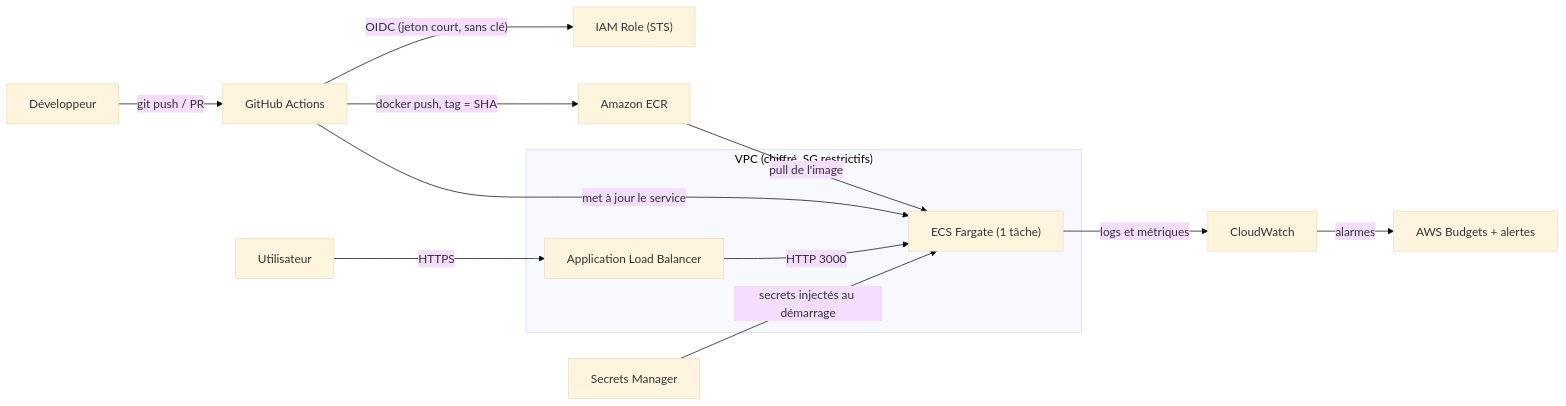
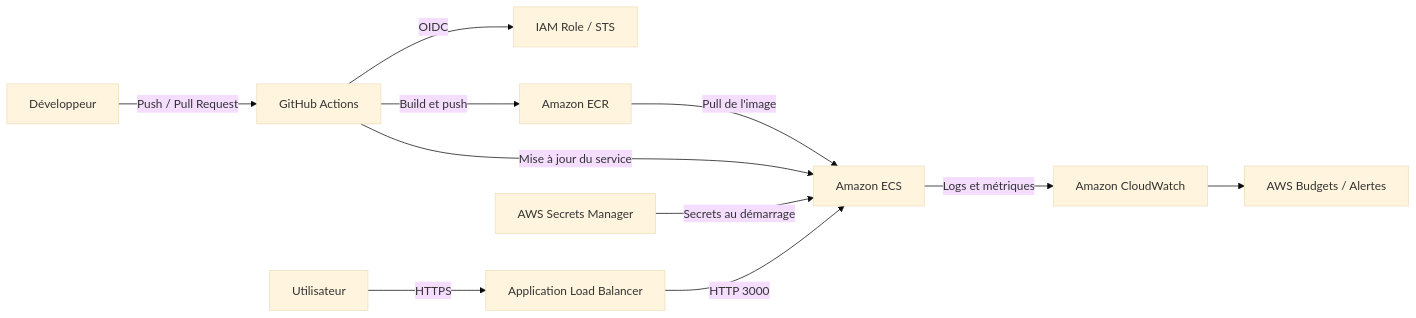
The diagram in README.md (cyprien9694/TDD_Integration_Continue-P3_B3), drawn with Mermaid (base theme) before and after one commit. The commit also changed other lines of this file, not shown here.

````diff
--- a/README.md
+++ b/README.md
@@ -127,17 +452,15 @@
 ```mermaid
 flowchart LR
-  Dev["Développeur"] -->|"git push / PR"| GH["GitHub Actions"]
-  GH -->|"OIDC (jeton court, sans clé)"| IAM["IAM Role (STS)"]
-  GH -->|"docker push, tag = SHA"| ECR["Amazon ECR"]
-  GH -->|"met à jour le service"| ECS
+    Dev["Développeur"] -->|"Push / Pull Request"| GH["GitHub Actions"]
+    GH -->|"OIDC"| IAM["IAM Role / STS"]
+    GH -->|"Build et push"| ECR["Amazon ECR"]
+    GH -->|"Mise à jour du service"| ECS["Amazon ECS"]
 
-  subgraph VPC["VPC (chiffré, SG restrictifs)"]
-    ALB["Application Load Balancer"] -->|"HTTP 3000"| ECS["ECS Fargate (1 tâche)"]
-  end
+    User["Utilisateur"] -->|"HTTPS"| ALB["Application Load Balancer"]
+    ALB -->|"HTTP 3000"| ECS
 
-  User["Utilisateur"] -->|"HTTPS"| ALB
-  ECR -->|"pull de l'image"| ECS
-  SM["Secrets Manager"] -->|"secrets injectés au démarrage"| ECS
-  ECS -->|"logs et métriques"| CW["CloudWatch"]
-  CW -->|"alarmes"| Budget["AWS Budgets + alertes"]
+    ECR -->|"Pull de l'image"| ECS
+    SM["AWS Secrets Manager"] -->|"Secrets au démarrage"| ECS
+    ECS -->|"Logs et métriques"| CW["Amazon CloudWatch"]
+    CW --> Budget["AWS Budgets / Alertes"]
 ```
````
